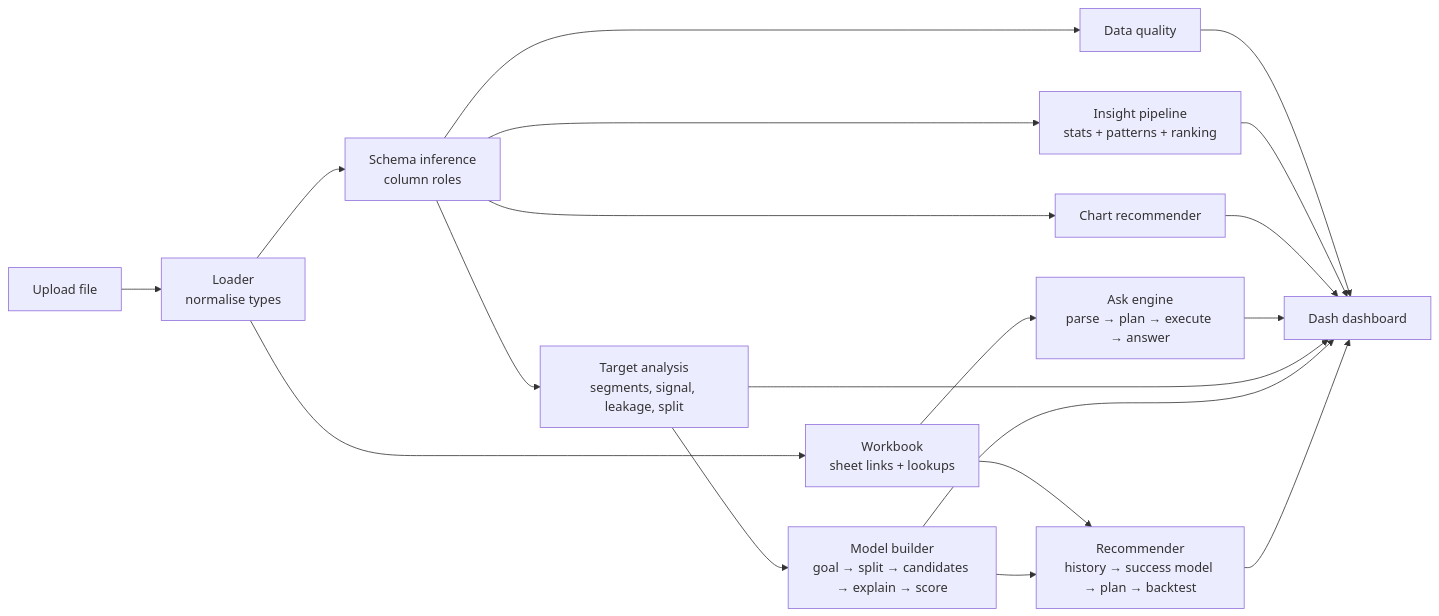
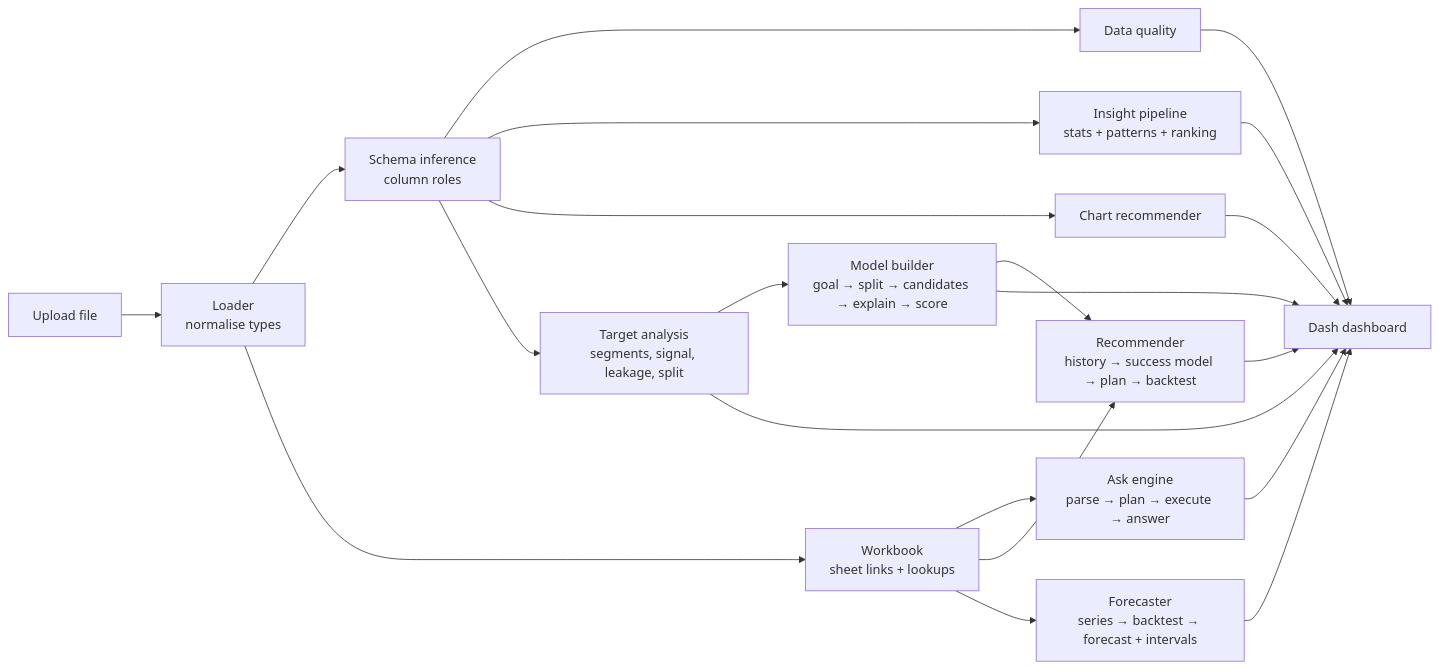
One commit to kulkarniDurvesh/ai-data-scientist-platform changed the diagram in README.md. Above: the diagram before and after it, drawn with Mermaid. The commit also changed other lines of this file and 14 other files, not shown here.

````diff
--- a/README.md
+++ b/README.md
@@ -164,15 +181,16 @@
 ```mermaid
 flowchart LR
     A[Upload file] --> B[Loader<br/>normalise types]
     B --> C[Schema inference<br/>column roles]
     C --> D[Data quality]
     C --> E[Insight pipeline<br/>stats + patterns + ranking]
     C --> F[Chart recommender]
     B --> W[Workbook<br/>sheet links + lookups]
     W --> Q[Ask engine<br/>parse → plan → execute → answer]
     C --> T[Target analysis<br/>segments, signal, leakage, split]
     T --> M[Model builder<br/>goal → split → candidates → explain → score]
     W --> R[Recommender<br/>history → success model → plan → backtest]
     M --> R
-    D & E & F & Q & T & M & R --> UI[Dash dashboard]
+    W --> FC[Forecaster<br/>series → backtest → forecast + intervals]
+    D & E & F & Q & T & M & R & FC --> UI[Dash dashboard]
 ```
````
